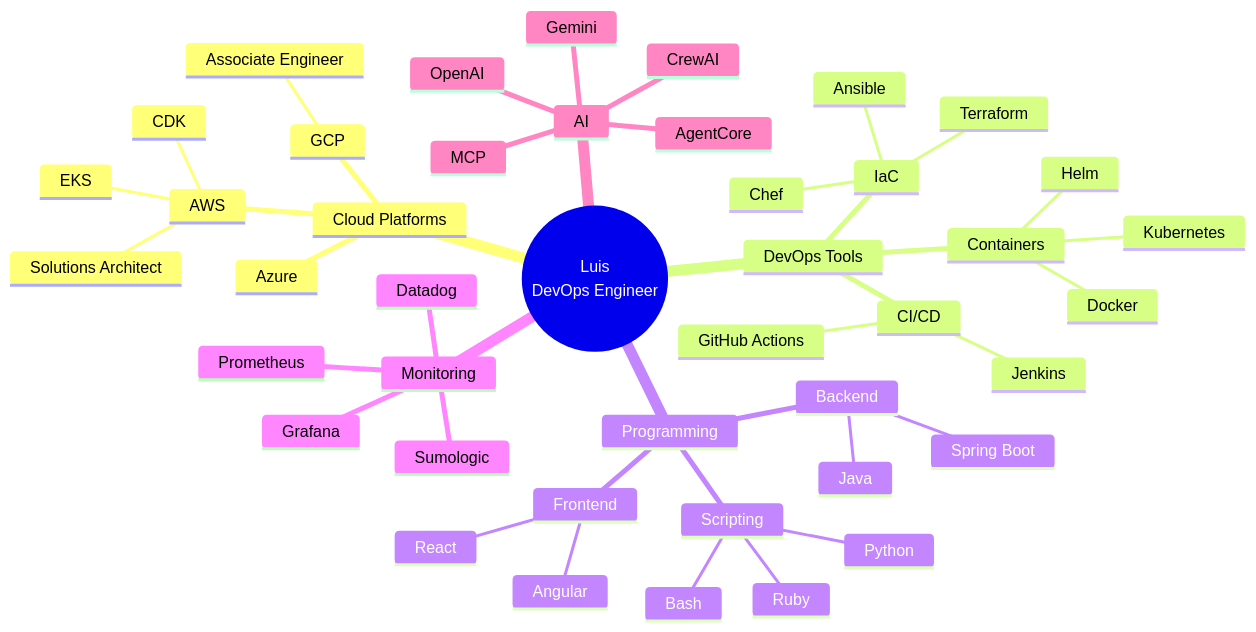
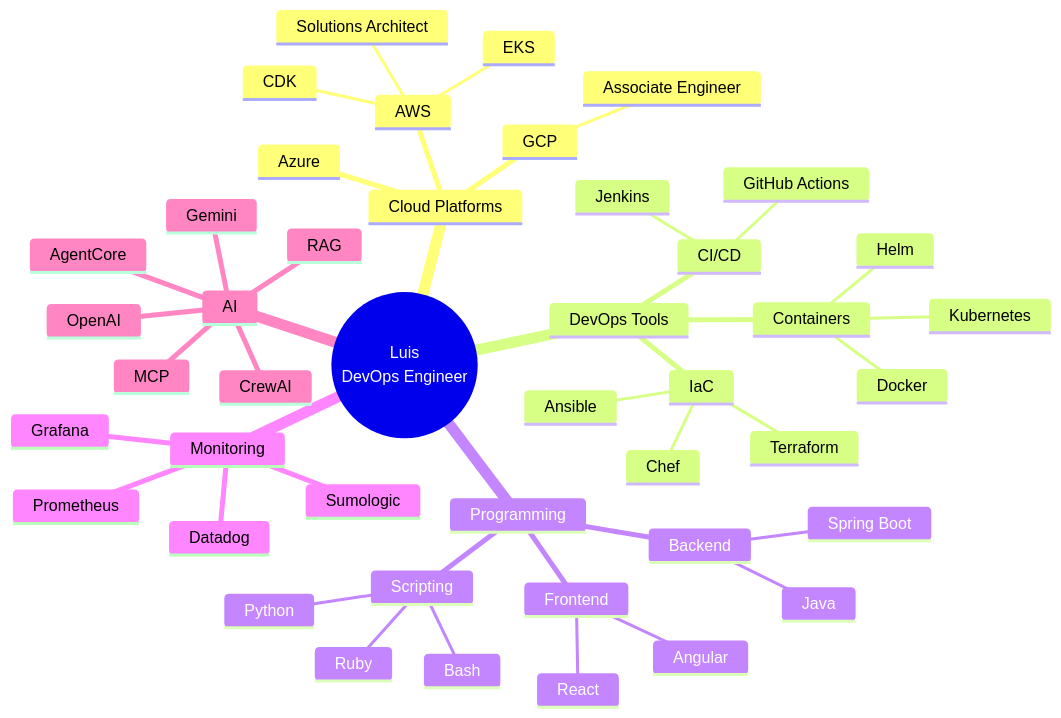
One commit to andresjz/luis changed the first of 2 diagrams in index.md. Above: the diagram before and after it, drawn with Mermaid. The commit also changed other lines of this file, not shown here.

````diff
--- a/index.md
+++ b/index.md
@@ -52,46 +52,47 @@
 ```mermaid
 mindmap
   root((Luis<br/>DevOps Engineer))
     Cloud Platforms
       AWS
         Solutions Architect
         EKS
         CDK
       GCP
         Associate Engineer
       Azure
     DevOps Tools
       CI/CD
         Jenkins
         GitHub Actions
       IaC
         Terraform
         Ansible
         Chef
       Containers
         Docker
         Kubernetes
         Helm
     Programming
       Backend
         Java
         Spring Boot
       Frontend
         Angular
         React
       Scripting
         Python
         Ruby
         Bash
     Monitoring
       Datadog
       Prometheus
       Grafana
       Sumologic
     AI
       AgentCore
       OpenAI
       Gemini
       MCP
       CrewAI
+      RAG
 ```
````
